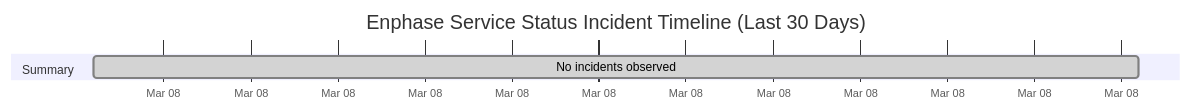
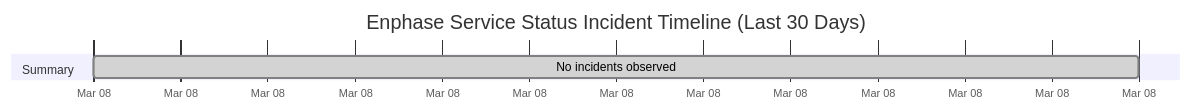
One commit to barneyonline/ha-enphase-ev-charger changed the diagram in wiki/Service-Status-History.md. Above: the diagram before and after it, drawn with Mermaid. The commit also changed other lines of this file and 3 other files, not shown here.

````diff
--- a/wiki/Service-Status-History.md
+++ b/wiki/Service-Status-History.md
@@ -14,8 +14,8 @@
 ```mermaid
 gantt
     title Enphase Service Status Incident Timeline (Last 30 Days)
     dateFormat  YYYY-MM-DDTHH:mm:ss
     axisFormat  %b %d
     section Summary
-    No incidents observed :done, 2026-03-08T07:25:01, 1m
+    No incidents observed :done, 2026-03-08T08:20:30, 1m
 ```
````
